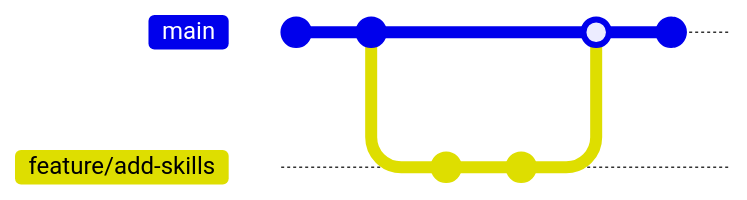
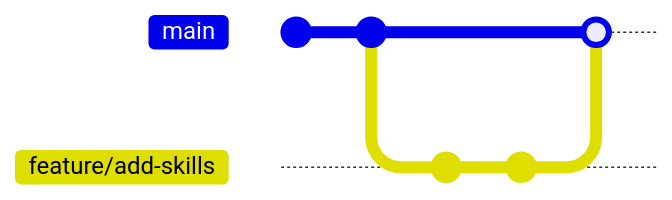
Before and after one commit to naparan/test: the diagram in docs/04-branch.md, drawn with Mermaid. The commit also changed other lines of this file and 9 other files, not shown here. Commit ids are hidden.

````diff
--- a/docs/04-branch.md
+++ b/docs/04-branch.md
@@ -7,12 +3,11 @@
 ```mermaid
 gitGraph
-    commit id: "自己紹介を追加"
-    commit id: "趣味を追加"
+    commit
+    commit
     branch feature/add-skills
     checkout feature/add-skills
-    commit id: "スキルを追加"
-    commit id: "スキルを整理"
+    commit
+    commit
     checkout main
     merge feature/add-skills
-    commit id: "誤字を修正"
 ```
````
